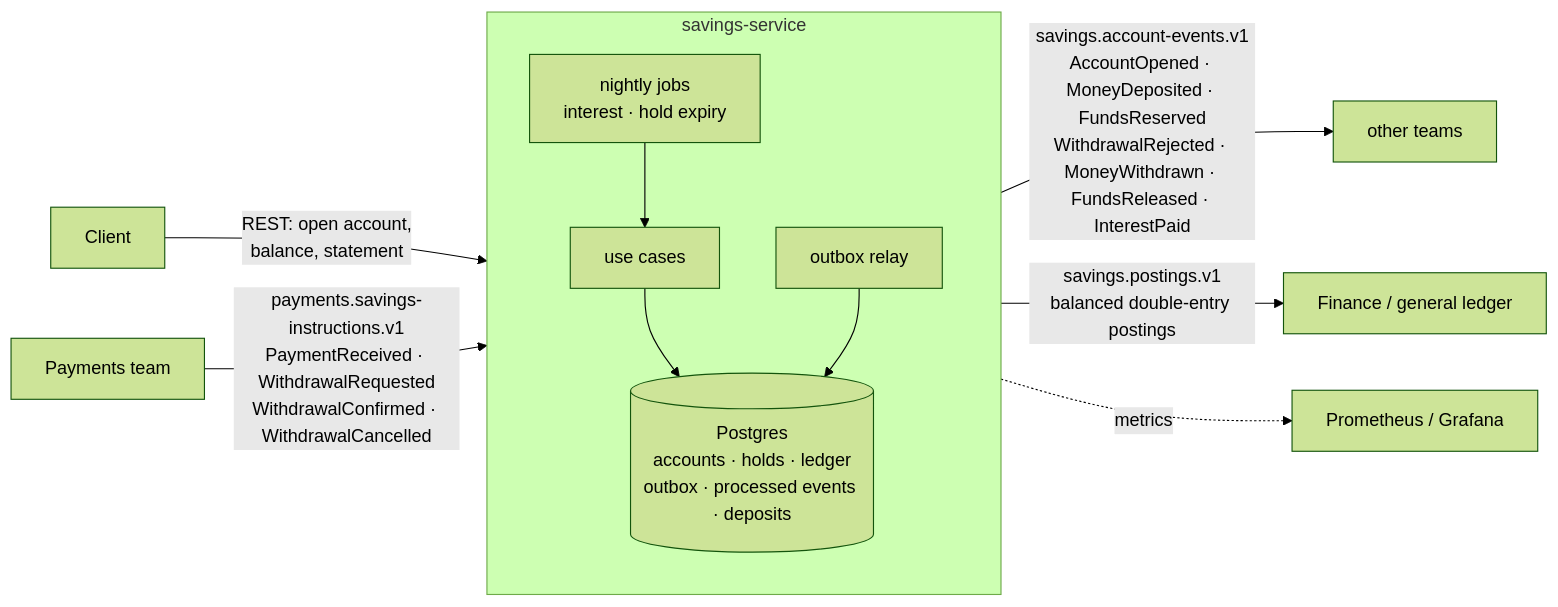
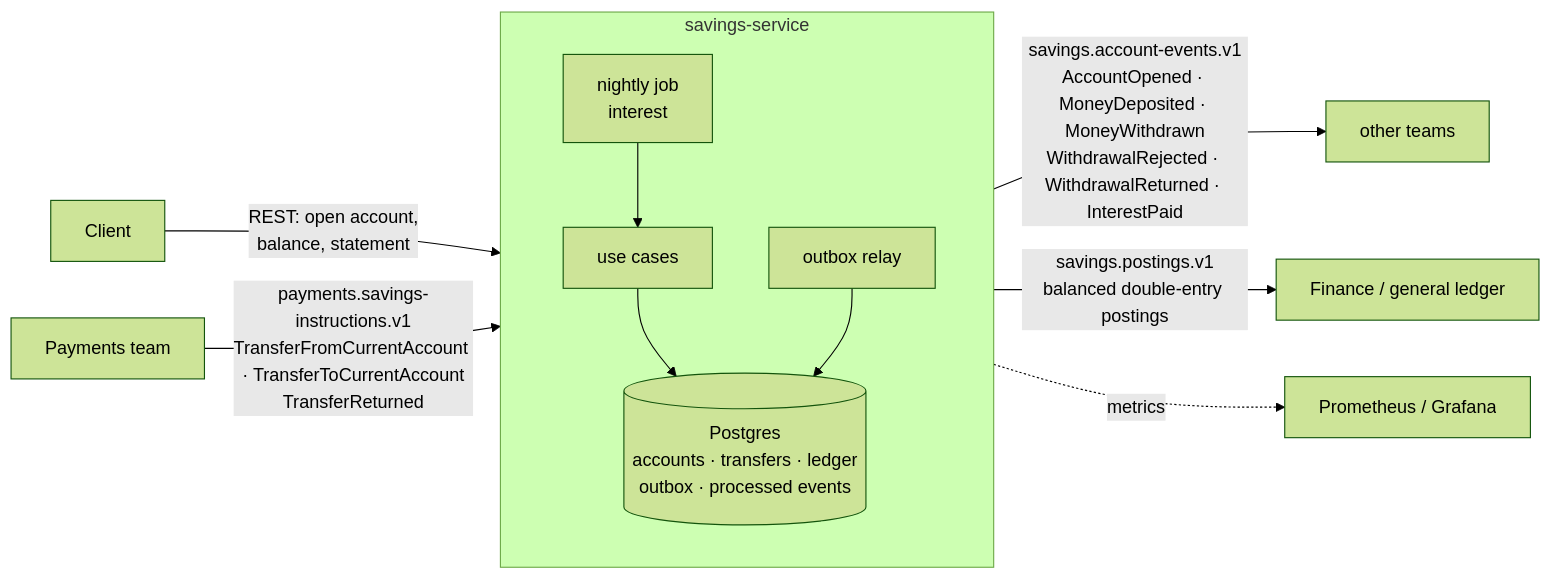
The first of 2 diagrams in README.md (Acidream/inv_sample), drawn with Mermaid (forest theme) before and after one commit. The commit also changed other lines of this file and 69 other files, not shown here.

First line of the commit message:
refactor: savings only moves money to and from the customer's current account

````diff
--- a/README.md
+++ b/README.md
@@ -17,14 +17,14 @@
 ```mermaid
 flowchart LR
     Client -- "REST: open account,<br/>balance, statement" --> S
-    P[Payments team] -- "payments.savings-instructions.v1<br/>PaymentReceived · WithdrawalRequested<br/>WithdrawalConfirmed · WithdrawalCancelled" --> S
+    P[Payments team] -- "payments.savings-instructions.v1<br/>TransferFromCurrentAccount · TransferToCurrentAccount<br/>TransferReturned" --> S
     subgraph S [savings-service]
         direction TB
-        UC[use cases] --> DB[(Postgres<br/>accounts · holds · ledger<br/>outbox · processed events · deposits)]
-        J[nightly jobs<br/>interest · hold expiry] --> UC
+        UC[use cases] --> DB[(Postgres<br/>accounts · transfers · ledger<br/>outbox · processed events)]
+        J[nightly job<br/>interest] --> UC
         R[outbox relay] --> DB
     end
-    R -- "savings.account-events.v1<br/>AccountOpened · MoneyDeposited · FundsReserved<br/>WithdrawalRejected · MoneyWithdrawn · FundsReleased · InterestPaid" --> C[other teams]
+    R -- "savings.account-events.v1<br/>AccountOpened · MoneyDeposited · MoneyWithdrawn<br/>WithdrawalRejected · WithdrawalReturned · InterestPaid" --> C[other teams]
     R -- "savings.postings.v1<br/>balanced double-entry postings" --> F[Finance / general ledger]
     S -. metrics .-> Prom[Prometheus / Grafana]
 ```
````
